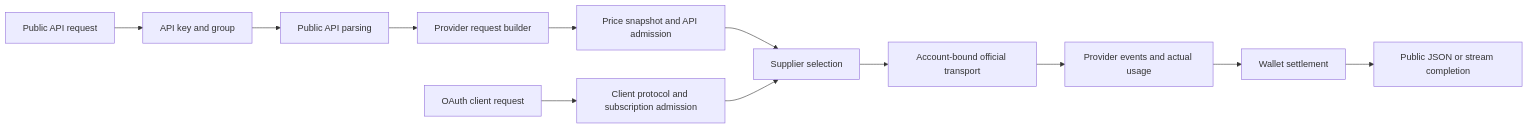
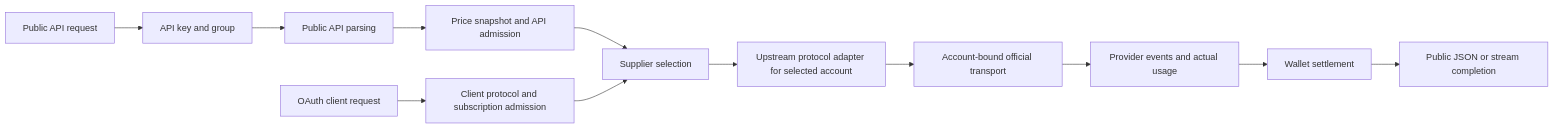
One commit to gucooing/Codex2Api-rs changed the diagram in docs/ARCHITECTURE.md. Above: the diagram before and after it, drawn with Mermaid. The commit also changed other lines of this file and 123 other files, not shown here.

````diff
--- a/docs/ARCHITECTURE.md
+++ b/docs/ARCHITECTURE.md
@@ -94,14 +99,14 @@
 ```mermaid
 flowchart LR
     A[Public API request] --> B[API key and group]
     B --> C[Public API parsing]
-    C --> D[Provider request builder]
-    D --> E[Price snapshot and API admission]
+    C --> E[Price snapshot and API admission]
     E --> F[Supplier selection]
-    F --> G[Account-bound official transport]
+    F --> D[Upstream protocol adapter for selected account]
+    D --> G[Account-bound official transport]
     G --> H[Provider events and actual usage]
     H --> I[Wallet settlement]
     I --> J[Public JSON or stream completion]
     K[OAuth client request] --> L[Client protocol and subscription admission]
     L --> F
 ```
````
